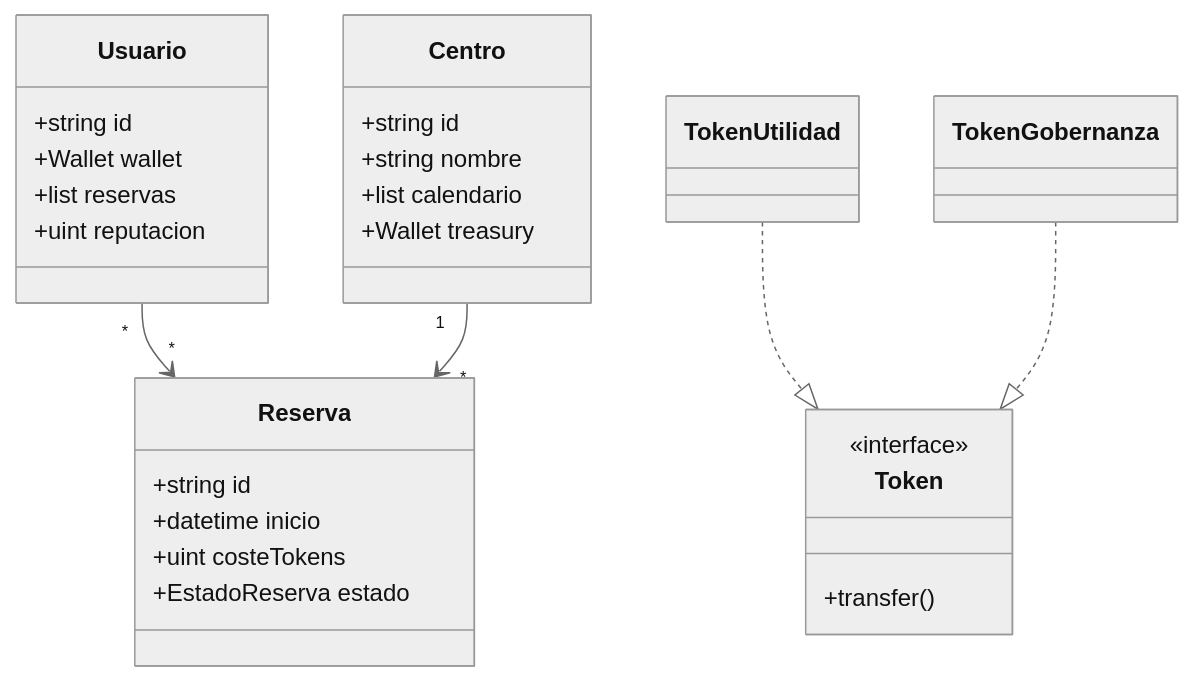
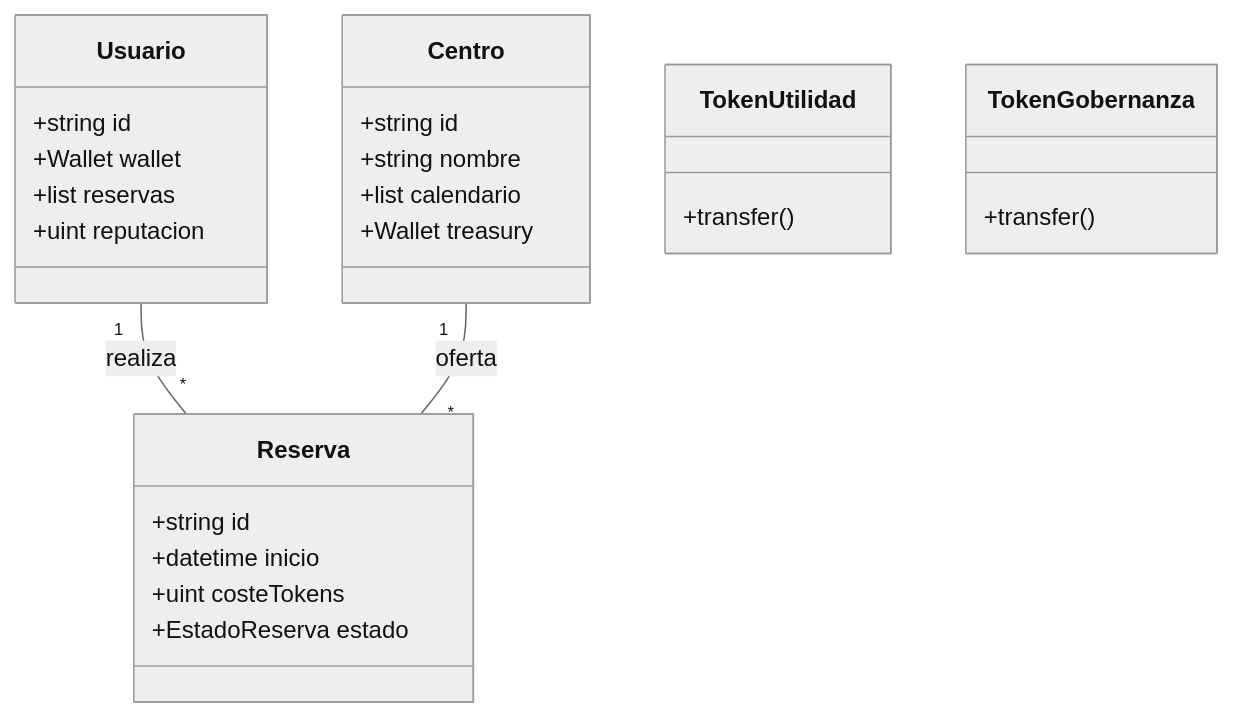
The fifth of 8 diagrams in README.md (andresg01/Reddao), drawn with Mermaid (neutral theme) before and after one commit. The commit also changed other lines of this file, not shown here.

````diff
--- a/README.md
+++ b/README.md
@@ -141,31 +151,29 @@
 ```mermaid
 classDiagram
     class Usuario {
         +string id
         +Wallet wallet
         +list<Reserva> reservas
         +uint reputacion
     }
     class Centro {
         +string id
         +string nombre
         +list<Actividad> calendario
         +Wallet treasury
     }
     class Reserva {
         +string id
         +datetime inicio
         +uint costeTokens
         +EstadoReserva estado
     }
-    class Token {
-        <<interface>>
+    class TokenUtilidad {
         +transfer()
     }
-    class TokenUtilidad
-    class TokenGobernanza
-    Usuario "*" --> "*" Reserva
-    Centro "1" --> "*" Reserva
-    TokenUtilidad ..|> Token
-    TokenGobernanza ..|> Token
+    class TokenGobernanza {
+        +transfer()
+    }
+    Usuario "1" -- "*" Reserva : realiza
+    Centro "1" -- "*" Reserva : oferta
 ```
````
